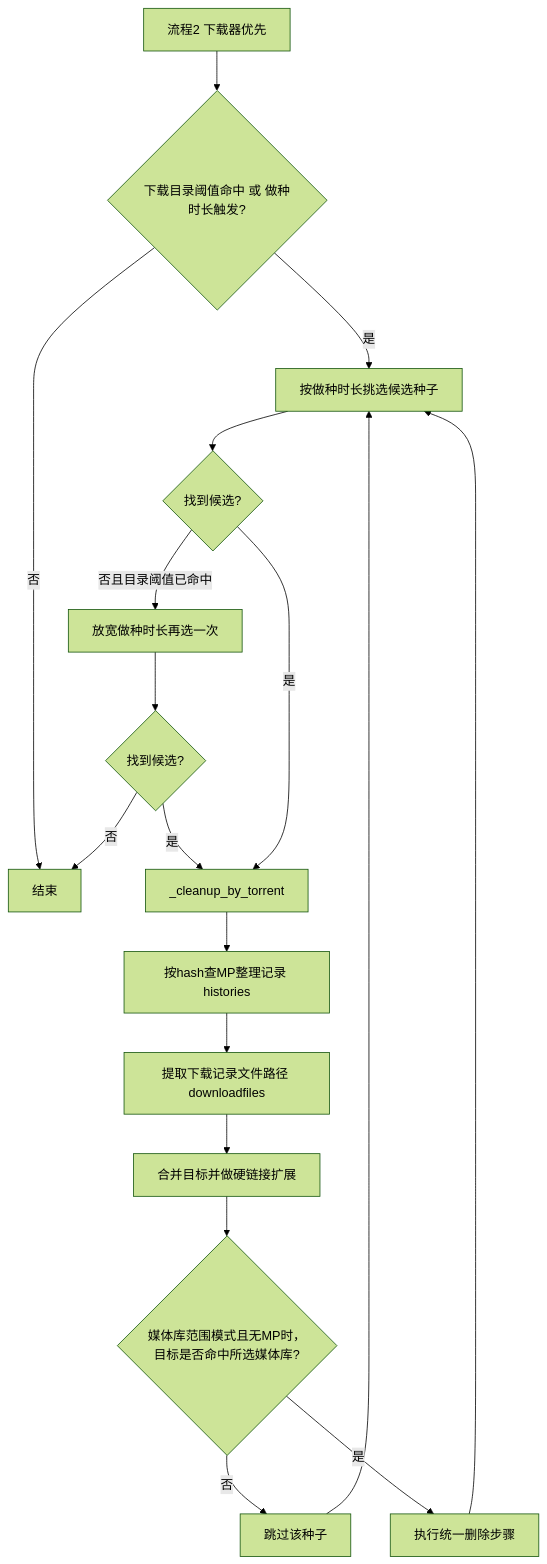
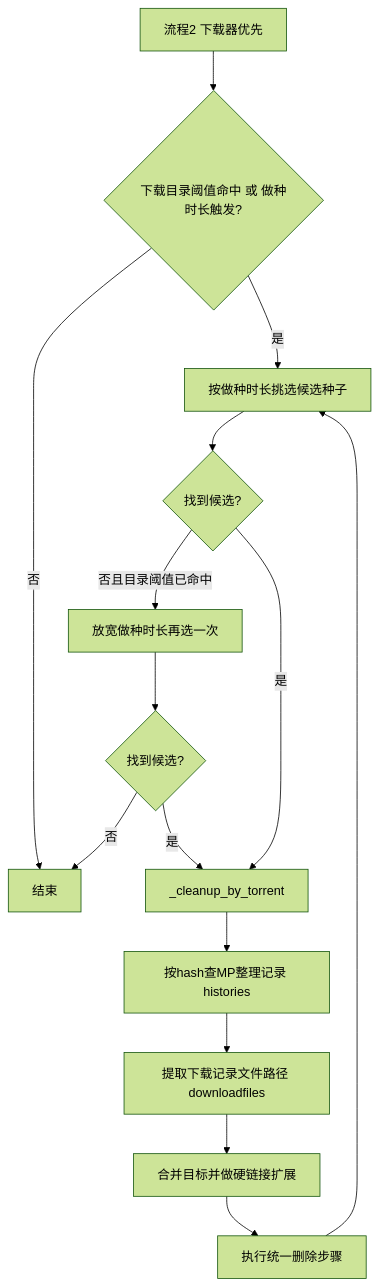
One commit to baozaodetudou/MoviePilot-Plugins changed the fourth of 5 diagrams in plugins.v2/diskcleaner/USAGE.md. Above: the diagram before and after it, drawn with Mermaid (forest theme). The commit also changed other lines of this file and 4 other files, not shown here.

Commit message:
feat(diskcleaner): 全目录监控与高可观测日志，历史视图紧凑化

````diff
--- a/plugins.v2/diskcleaner/USAGE.md
+++ b/plugins.v2/diskcleaner/USAGE.md
@@ -65,20 +65,17 @@
 ```mermaid
 flowchart TD
 A[流程2 下载器优先] --> B{下载目录阈值命中 或 做种时长触发?}
 B -->|否| End[结束]
 B -->|是| C[按做种时长挑选候选种子]
 C --> D{找到候选?}
 D -->|否且目录阈值已命中| C2[放宽做种时长再选一次]
 C2 --> D2{找到候选?}
 D2 -->|否| End
 D2 -->|是| E
 D -->|是| E[_cleanup_by_torrent]
 E --> F[按hash查MP整理记录 histories]
 F --> G[提取下载记录文件路径 downloadfiles]
 G --> H[合并目标并做硬链接扩展]
-H --> I{媒体库范围模式且无MP时，目标是否命中所选媒体库?}
-I -->|否| LoopNext[跳过该种子]
-I -->|是| J[执行统一删除步骤]
-J --> C
-LoopNext --> C
+H --> I[执行统一删除步骤]
+I --> C
 ```
````
